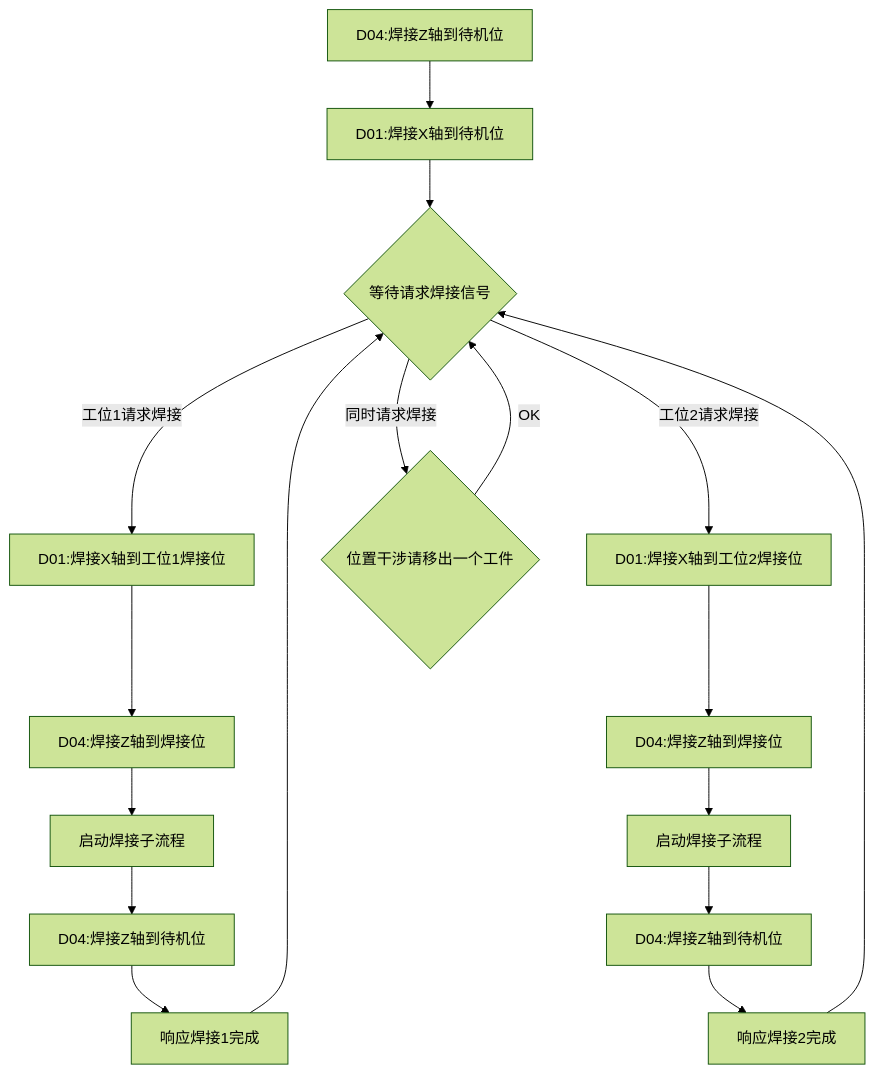
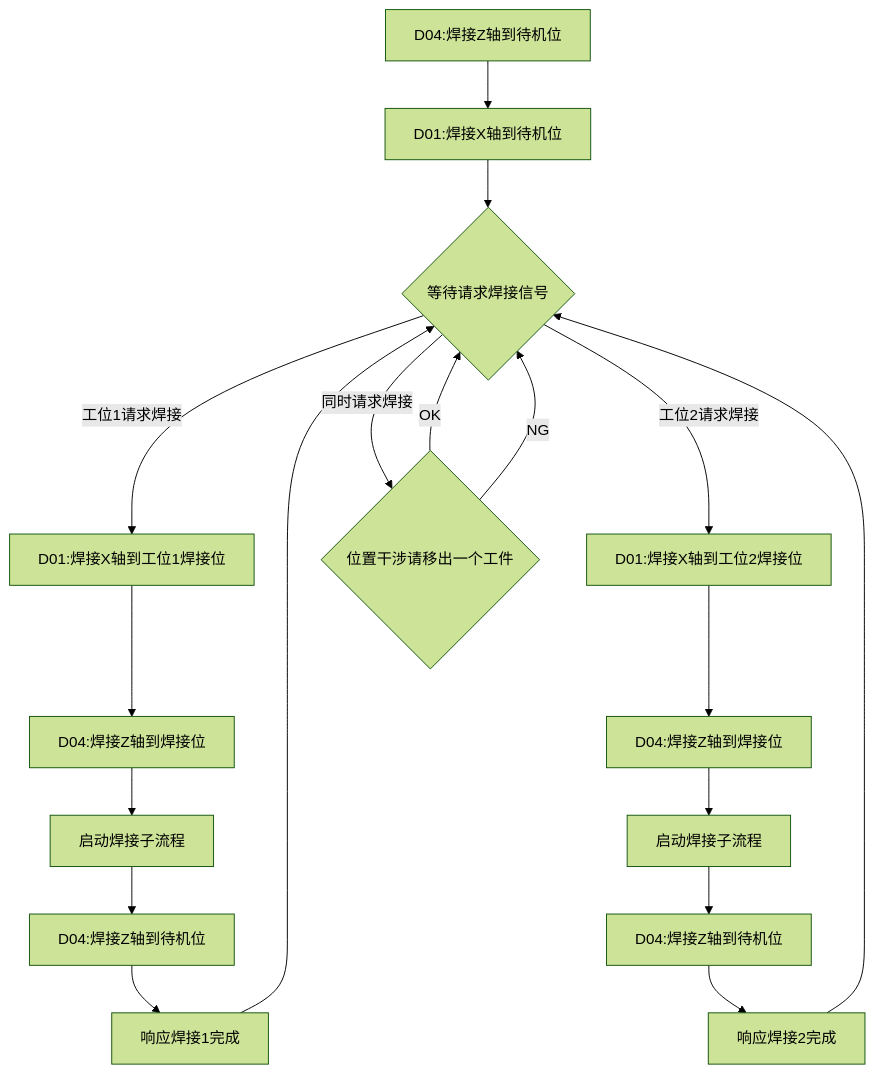
The diagram in all/OP20-1焊接工位自动流程.md (PengKun1/iodraw-files), drawn with Mermaid (forest theme) before and after one commit.

Commit message:
2024-08-07 14:08:37 update

````diff
--- a/all/OP20-1焊接工位自动流程.md
+++ b/all/OP20-1焊接工位自动流程.md
@@ -1,19 +1,20 @@
 ```mermaid
 graph TD
 10[D04:焊接Z轴到待机位]-->20
 20[D01:焊接X轴到待机位]-->30
 30{等待请求焊接信号}-->|工位1请求焊接|40
 30-->|工位2请求焊接|100
 30-->|同时请求焊接|900
 40[D01:焊接X轴到工位1焊接位]-->50
 50[D04:焊接Z轴到焊接位]-->60
 60[启动焊接子流程]-->70
 70[D04:焊接Z轴到待机位]-->80
 80[响应焊接1完成]-->30
 100[D01:焊接X轴到工位2焊接位]-->110
 110[D04:焊接Z轴到焊接位]-->120
 120[启动焊接子流程]-->130
 130[D04:焊接Z轴到待机位]-->140
 140[响应焊接2完成]-->30
 900{位置干涉请移出一个工件}-->|OK|30
+900-->|NG|30
 ```
````
